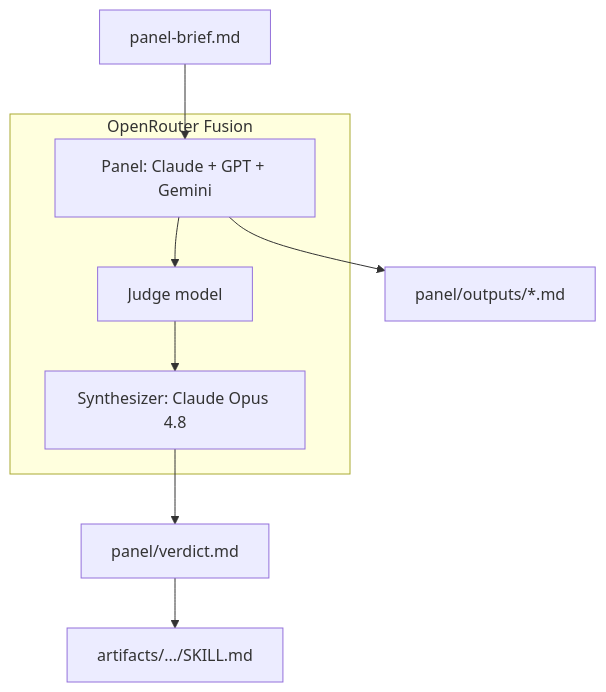
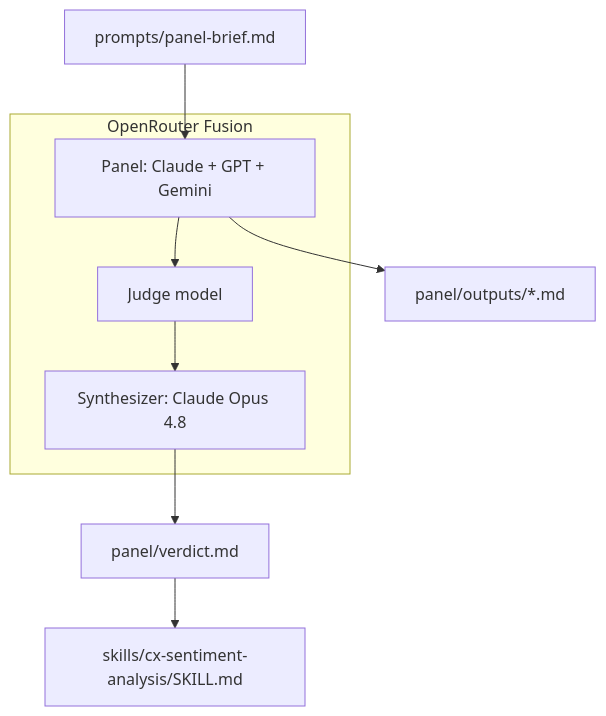
One commit to admaduranga/agent-council-cx-sentiment-skill changed the diagram in README.md. Above: the diagram before and after it, drawn with Mermaid. The commit also changed other lines of this file and 8 other files, not shown here.

Commit message:
Move skill to portable skills/ directory and update docs

````diff
--- a/README.md
+++ b/README.md
@@ -28,16 +78,16 @@
 ```mermaid
 flowchart TB
-  Brief[panel-brief.md] --> Panel
+  Brief[prompts/panel-brief.md] --> Panel
 
   subgraph fusion [OpenRouter Fusion]
     Panel[Panel: Claude + GPT + Gemini]
     Judge[Judge model]
     Synth[Synthesizer: Claude Opus 4.8]
   end
 
   Panel --> PanelOut[panel/outputs/*.md]
   Panel --> Judge
   Judge --> Synth
   Synth --> Verdict[panel/verdict.md]
-  Verdict --> Skill[artifacts/.../SKILL.md]
+  Verdict --> Skill[skills/cx-sentiment-analysis/SKILL.md]
 ```
````
